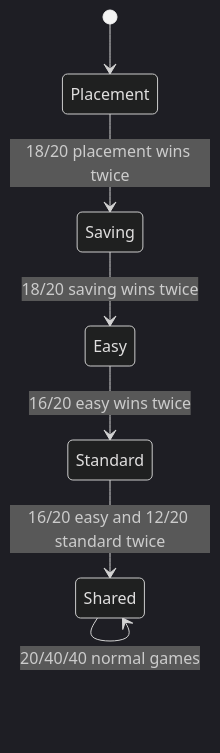
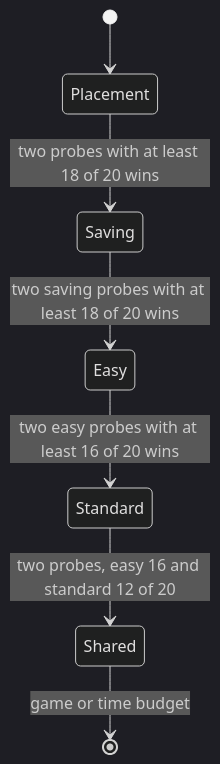
Before and after one commit to Comb1e/RL-Pvz: the fourth of 5 diagrams in docs/architecture.md, drawn with Mermaid (dark theme). The commit also changed other lines of this file and 44 other files, not shown here.

````diff
--- a/docs/architecture.md
+++ b/docs/architecture.md
@@ -265,9 +112,9 @@
 ```mermaid
 stateDiagram-v2
     [*] --> Placement
-    Placement --> Saving: 18/20 placement wins twice
-    Saving --> Easy: 18/20 saving wins twice
-    Easy --> Standard: 16/20 easy wins twice
-    Standard --> Shared: 16/20 easy and 12/20 standard twice
-    Shared --> Shared: 20/40/40 normal games
+    Placement --> Saving: two probes with at least 18 of 20 wins
+    Saving --> Easy: two saving probes with at least 18 of 20 wins
+    Easy --> Standard: two easy probes with at least 16 of 20 wins
+    Standard --> Shared: two probes, easy 16 and standard 12 of 20
+    Shared --> [*]: game or time budget
 ```
````
